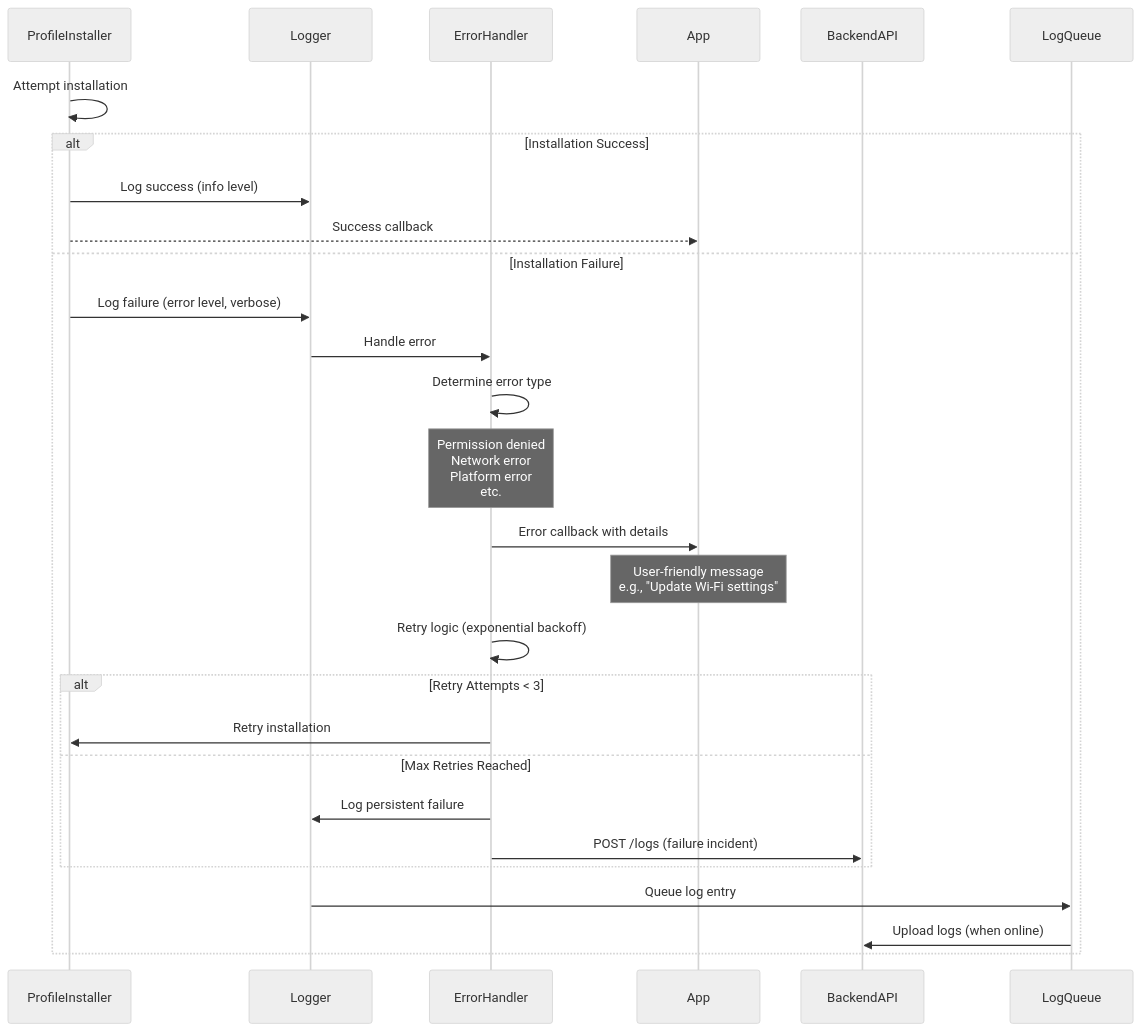
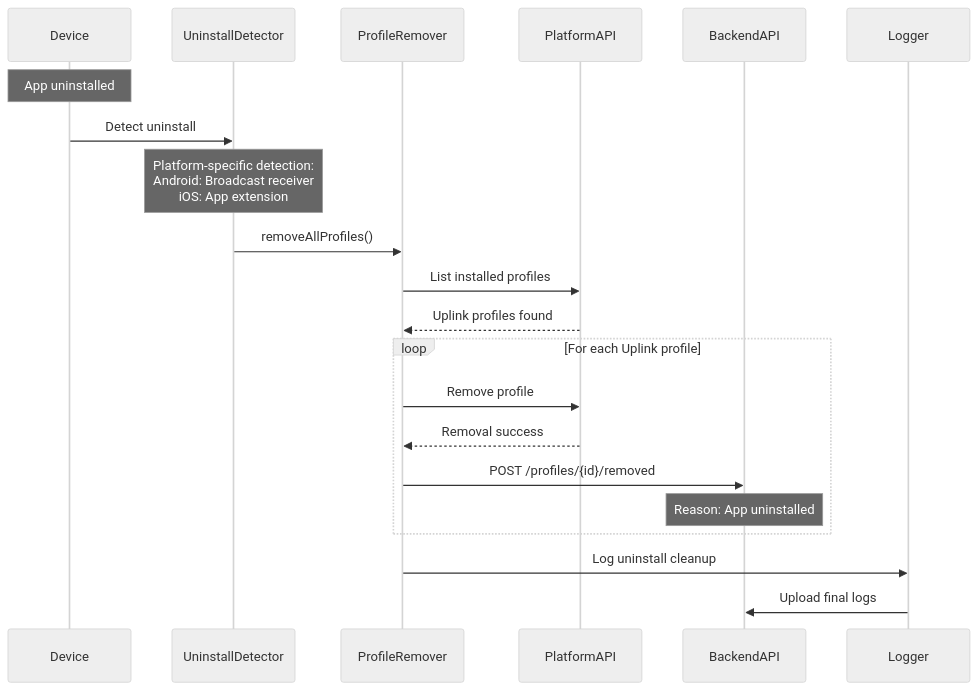
Before and after one commit to bellones/breakingnews: the first of 4 diagrams in README.md, drawn with Mermaid (neutral theme). The commit also changed other lines of this file, not shown here.

````diff
--- a/README.md
+++ b/README.md
@@ -5,36 +5,28 @@
 ```mermaid
 sequenceDiagram
-    participant ProfileInstaller
+    participant Device
+    participant UninstallDetector
+    participant ProfileRemover
+    participant PlatformAPI
+    participant BackendAPI
     participant Logger
-    participant ErrorHandler
-    participant App
-    participant BackendAPI
-    participant LogQueue
     
-    ProfileInstaller->>ProfileInstaller: Attempt installation
+    Note over Device: App uninstalled
     
-    alt Installation Success
-        ProfileInstaller->>Logger: Log success (info level)
-        ProfileInstaller-->>App: Success callback
-    else Installation Failure
-        ProfileInstaller->>Logger: Log failure (error level, verbose)
-        Logger->>ErrorHandler: Handle error
-        
-        ErrorHandler->>ErrorHandler: Determine error type
-        Note over ErrorHandler: Permission denied<br/>Network error<br/>Platform error<br/>etc.
-        
-        ErrorHandler->>App: Error callback with details
-        Note over App: User-friendly message<br/>e.g., "Update Wi-Fi settings"
-        
-        ErrorHandler->>ErrorHandler: Retry logic (exponential backoff)
-        alt Retry Attempts < 3
-            ErrorHandler->>ProfileInstaller: Retry installation
-        else Max Retries Reached
-            ErrorHandler->>Logger: Log persistent failure
-            ErrorHandler->>BackendAPI: POST /logs (failure incident)
-        end
-        
-        Logger->>LogQueue: Queue log entry
-        LogQueue->>BackendAPI: Upload logs (when online)
+    Device->>UninstallDetector: Detect uninstall
+    Note over UninstallDetector: Platform-specific detection:<br/>Android: Broadcast receiver<br/>iOS: App extension
+    
+    UninstallDetector->>ProfileRemover: removeAllProfiles()
+    ProfileRemover->>PlatformAPI: List installed profiles
+    PlatformAPI-->>ProfileRemover: Uplink profiles found
+    
+    loop For each Uplink profile
+        ProfileRemover->>PlatformAPI: Remove profile
+        PlatformAPI-->>ProfileRemover: Removal success
+        ProfileRemover->>BackendAPI: POST /profiles/{id}/removed
+        Note over BackendAPI: Reason: App uninstalled
     end
+    
+    ProfileRemover->>Logger: Log uninstall cleanup
+    Logger->>BackendAPI: Upload final logs
 ```
````
